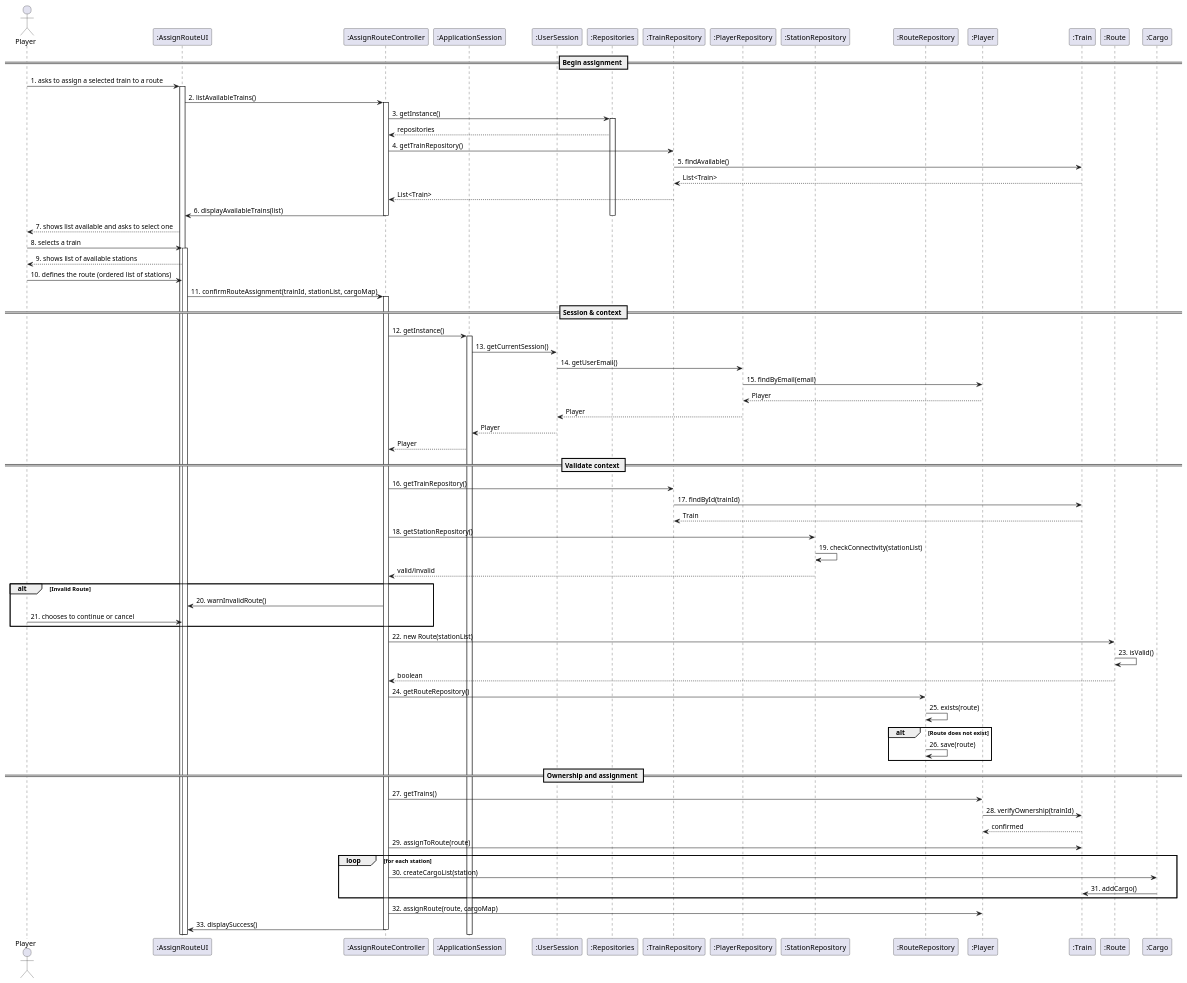
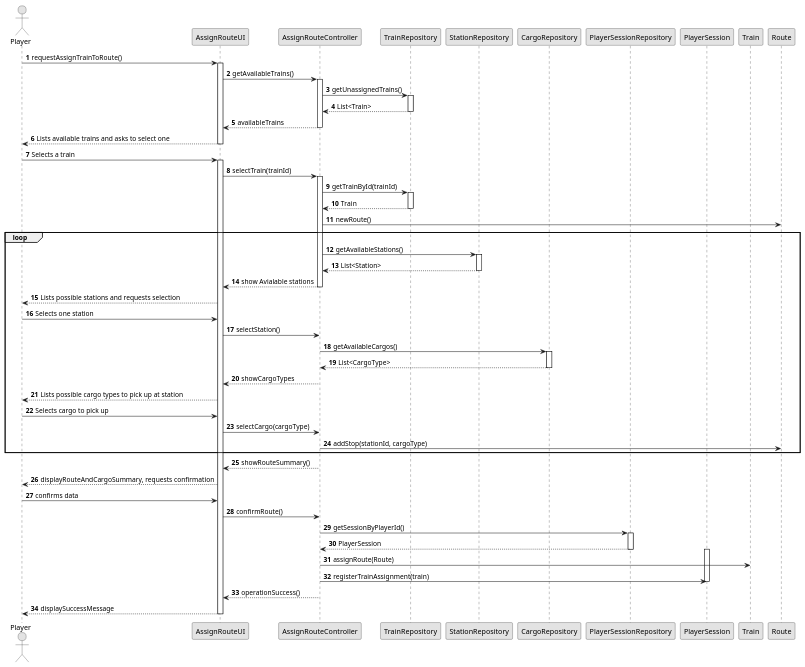
The diagram in Sprint2/US10/03.design/puml/US10-SD.puml (Andremonteiro1240850/railway_simulator), drawn with PlantUML before and after one commit. The commit also changed other lines of this file and 11 other files, not shown here.

```diff
--- a/Sprint2/US10/03.design/puml/US10-SD.puml
+++ b/Sprint2/US10/03.design/puml/US10-SD.puml
@@ -1,101 +1,88 @@
 @startuml
+skinparam shadowing false
+skinparam linetype polyline
+skinparam monochrome true
+autonumber
 
 actor Player
+participant AssignRouteUI
+participant AssignRouteController
+participant TrainRepository
+participant StationRepository
+participant CargoRepository
+participant PlayerSessionRepository
+participant PlayerSession
+participant Train
+participant Route
 
-participant ":AssignRouteUI"
-participant ":AssignRouteController"
-participant ":ApplicationSession"
-participant ":UserSession"
-participant ":Repositories"
-participant ":TrainRepository"
-participant ":PlayerRepository"
-participant ":StationRepository"
-participant ":RouteRepository"
-participant ":Player"
-participant ":Train"
-participant ":Route"
-participant ":Cargo"
+Player -> AssignRouteUI : requestAssignTrainToRoute()
+activate AssignRouteUI
+AssignRouteUI -> AssignRouteController : getAvailableTrains()
+activate AssignRouteController
+AssignRouteController -> TrainRepository : getUnassignedTrains()
+activate TrainRepository
+TrainRepository --> AssignRouteController : List<Train>
+deactivate TrainRepository
+AssignRouteController --> AssignRouteUI : availableTrains
+deactivate AssignRouteController
+AssignRouteUI --> Player :Lists available trains and asks to select one
+deactivate AssignRouteUI
 
-== Begin assignment ==
+Player -> AssignRouteUI : Selects a train
+activate AssignRouteUI
+AssignRouteUI -> AssignRouteController : selectTrain(trainId)
+activate AssignRouteController
+AssignRouteController -> TrainRepository : getTrainById(trainId)
+activate TrainRepository
+TrainRepository --> AssignRouteController : Train
+deactivate TrainRepository
 
-Player -> ":AssignRouteUI" : 1. asks to assign a selected train to a route
-activate ":AssignRouteUI"
+' Criação da rota
+AssignRouteController -> Route : newRoute()
 
-":AssignRouteUI" -> ":AssignRouteController" : 2. listAvailableTrains()
-activate ":AssignRouteController"
+loop
+  AssignRouteController -> StationRepository : getAvailableStations()
+  activate StationRepository
+  StationRepository --> AssignRouteController : List<Station>
+  deactivate StationRepository
+  AssignRouteController --> AssignRouteUI : show Avialable stations
+  deactivate AssignRouteController
+  AssignRouteUI --> Player : Lists possible stations and requests selection
 
-":AssignRouteController" -> ":Repositories" : 3. getInstance()
-activate ":Repositories"
-":Repositories" --> ":AssignRouteController" : repositories
+  Player -> AssignRouteUI : Selects one station
+  AssignRouteUI -> AssignRouteController : selectStation()
 
-":AssignRouteController" -> ":TrainRepository" : 4. getTrainRepository()
-":TrainRepository" -> ":Train" : 5. findAvailable()
-":Train" --> ":TrainRepository" : List<Train>
-":TrainRepository" --> ":AssignRouteController" : List<Train>
+  AssignRouteController -> CargoRepository : getAvailableCargos()
+  activate CargoRepository
+  CargoRepository --> AssignRouteController : List<CargoType>
+  deactivate CargoRepository
+  AssignRouteController --> AssignRouteUI : showCargoTypes
+  AssignRouteUI --> Player : Lists possible cargo types to pick up at station
 
-":AssignRouteController" -> ":AssignRouteUI" : 6. displayAvailableTrains(list)
-deactivate ":Repositories"
-deactivate ":AssignRouteController"
+  Player -> AssignRouteUI : Selects cargo to pick up
+  AssignRouteUI -> AssignRouteController : selectCargo(cargoType)
 
-":AssignRouteUI" --> Player : 7. shows list available and asks to select one
-
-Player -> ":AssignRouteUI" : 8. selects a train
-activate ":AssignRouteUI"
-":AssignRouteUI" --> Player : 9. shows list of available stations
-
-Player -> ":AssignRouteUI" : 10. defines the route (ordered list of stations)
-":AssignRouteUI" -> ":AssignRouteController" : 11. confirmRouteAssignment(trainId, stationList, cargoMap)
-activate ":AssignRouteController"
-
-== Session & context ==
-":AssignRouteController" -> ":ApplicationSession" : 12. getInstance()
-activate ":ApplicationSession"
-":ApplicationSession" -> ":UserSession" : 13. getCurrentSession()
-":UserSession" -> ":PlayerRepository" : 14. getUserEmail()
-":PlayerRepository" -> ":Player" : 15. findByEmail(email)
-":Player" --> ":PlayerRepository" : Player
-":PlayerRepository" --> ":UserSession" : Player
-":UserSession" --> ":ApplicationSession" : Player
-":ApplicationSession" --> ":AssignRouteController" : Player
-
-== Validate context ==
-":AssignRouteController" -> ":TrainRepository" : 16. getTrainRepository()
-":TrainRepository" -> ":Train" : 17. findById(trainId)
-":Train" --> ":TrainRepository" : Train
-
-":AssignRouteController" -> ":StationRepository" : 18. getStationRepository()
-":StationRepository" -> ":StationRepository" : 19. checkConnectivity(stationList)
-":StationRepository" --> ":AssignRouteController" : valid/invalid
-
-alt Invalid Route
-    ":AssignRouteController" -> ":AssignRouteUI" : 20. warnInvalidRoute()
-    Player -> ":AssignRouteUI" : 21. chooses to continue or cancel
+  AssignRouteController -> Route : addStop(stationId, cargoType)
 end
 
-":AssignRouteController" -> ":Route" : 22. new Route(stationList)
-":Route" -> ":Route" : 23. isValid()
-":Route" --> ":AssignRouteController" : boolean
+AssignRouteController --> AssignRouteUI : showRouteSummary()
+AssignRouteUI --> Player : displayRouteAndCargoSummary, requests confirmation
 
-":AssignRouteController" -> ":RouteRepository" : 24. getRouteRepository()
-":RouteRepository" -> ":RouteRepository" : 25. exists(route)
-alt Route does not exist
-  ":RouteRepository" -> ":RouteRepository" : 26. save(route)
-end
+Player -> AssignRouteUI : confirms data
+AssignRouteUI -> AssignRouteController : confirmRoute()
+AssignRouteController -> PlayerSessionRepository : getSessionByPlayerId()
+activate PlayerSessionRepository
+PlayerSessionRepository --> AssignRouteController : PlayerSession
+deactivate PlayerSessionRepository
+activate PlayerSession
 
-== Ownership and assignment ==
-":AssignRouteController" -> ":Player" : 27. getTrains()
-":Player" -> ":Train" : 28. verifyOwnership(trainId)
-":Train" --> ":Player" : confirmed
+AssignRouteController -> Train : assignRoute(Route)
+deactivate Route
+AssignRouteController -> PlayerSession : registerTrainAssignment(train)
+deactivate PlayerSession
+AssignRouteController --> AssignRouteUI : operationSuccess()
+deactivate AssignRouteController
+AssignRouteUI --> Player : displaySuccessMessage
+deactivate AssignRouteUI
 
-":AssignRouteController" -> ":Train" : 29. assignToRoute(route)
-
-loop for each station
-    ":AssignRouteController" -> ":Cargo" : 30. createCargoList(station)
-    ":Cargo" -> ":Train" : 31. addCargo()
-end
-
-":AssignRouteController" -> ":Player" : 32. assignRoute(route, cargoMap)
-
-":AssignRouteController" -> ":AssignRouteUI" : 33. displaySuccess()
-deactivate ":AssignRouteController"
 @enduml
```
